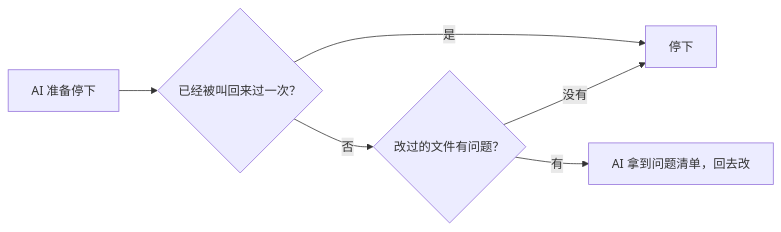
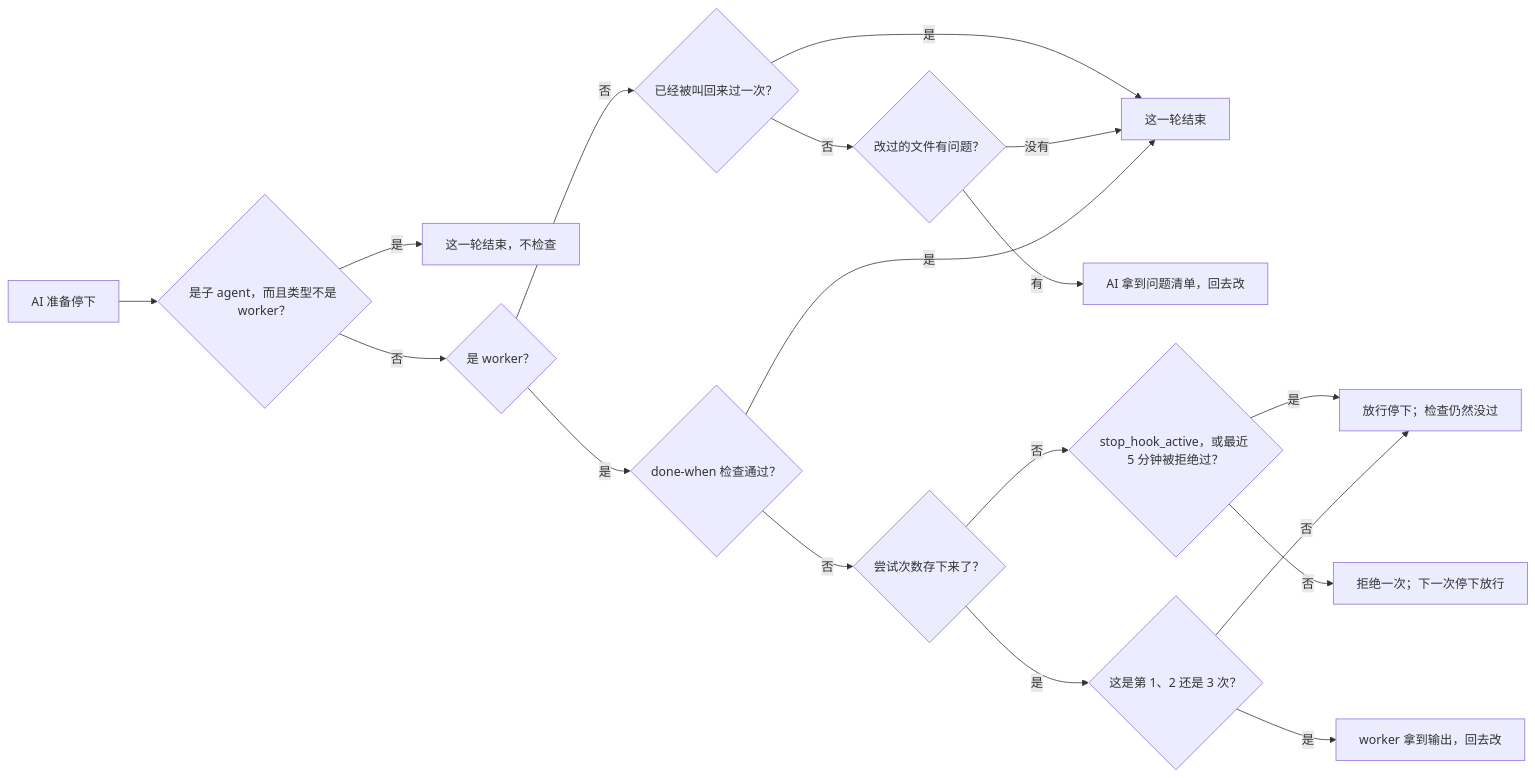
Before and after one commit to yokoten-labs/yokoten: the second of 3 diagrams in docs/i18n/zh-CN/guide.md, drawn with Mermaid. The commit also changed other lines of this file, not shown here.

````diff
--- a/docs/i18n/zh-CN/guide.md
+++ b/docs/i18n/zh-CN/guide.md
@@ -918,8 +919,20 @@
 ```mermaid
 flowchart LR
-  S["AI 准备停下"] --> A{"已经被叫回来过一次？"}
-  A -- 是 --> E["停下"]
+  S["AI 准备停下"] --> U{"是子 agent，而且类型不是 worker？"}
+  U -- 是 --> N["这一轮结束，不检查"]
+  U -- 否 --> W{"是 worker？"}
+  W -- 否 --> A{"已经被叫回来过一次？"}
+  A -- 是 --> E["这一轮结束"]
   A -- 否 --> C{"改过的文件有问题？"}
   C -- 没有 --> E
   C -- 有 --> B["AI 拿到问题清单，回去改"]
+  W -- 是 --> D{"done-when 检查通过？"}
+  D -- 是 --> E
+  D -- 否 --> K{"尝试次数存下来了？"}
+  K -- 否 --> H{"stop_hook_active，或最近 5 分钟被拒绝过？"}
+  H -- 是 --> X["放行停下；检查仍然没过"]
+  H -- 否 --> F["拒绝一次；下一次停下放行"]
+  K -- 是 --> T{"这是第 1、2 还是 3 次？"}
+  T -- 是 --> F2["worker 拿到输出，回去改"]
+  T -- 否 --> X
 ```
````
